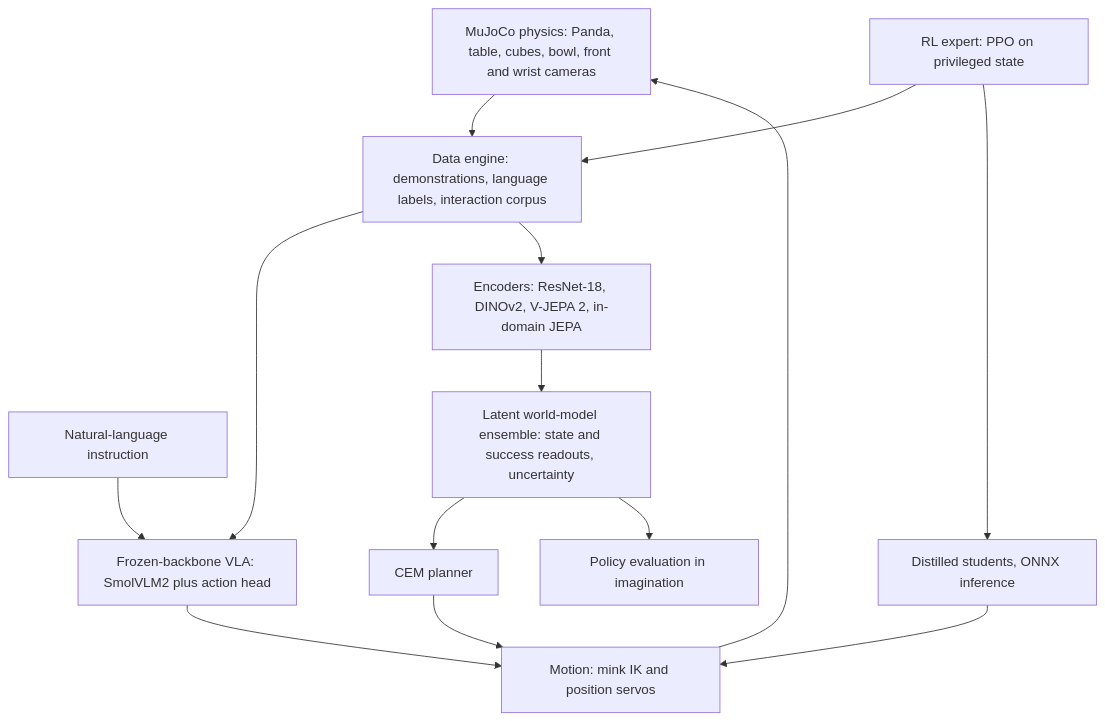
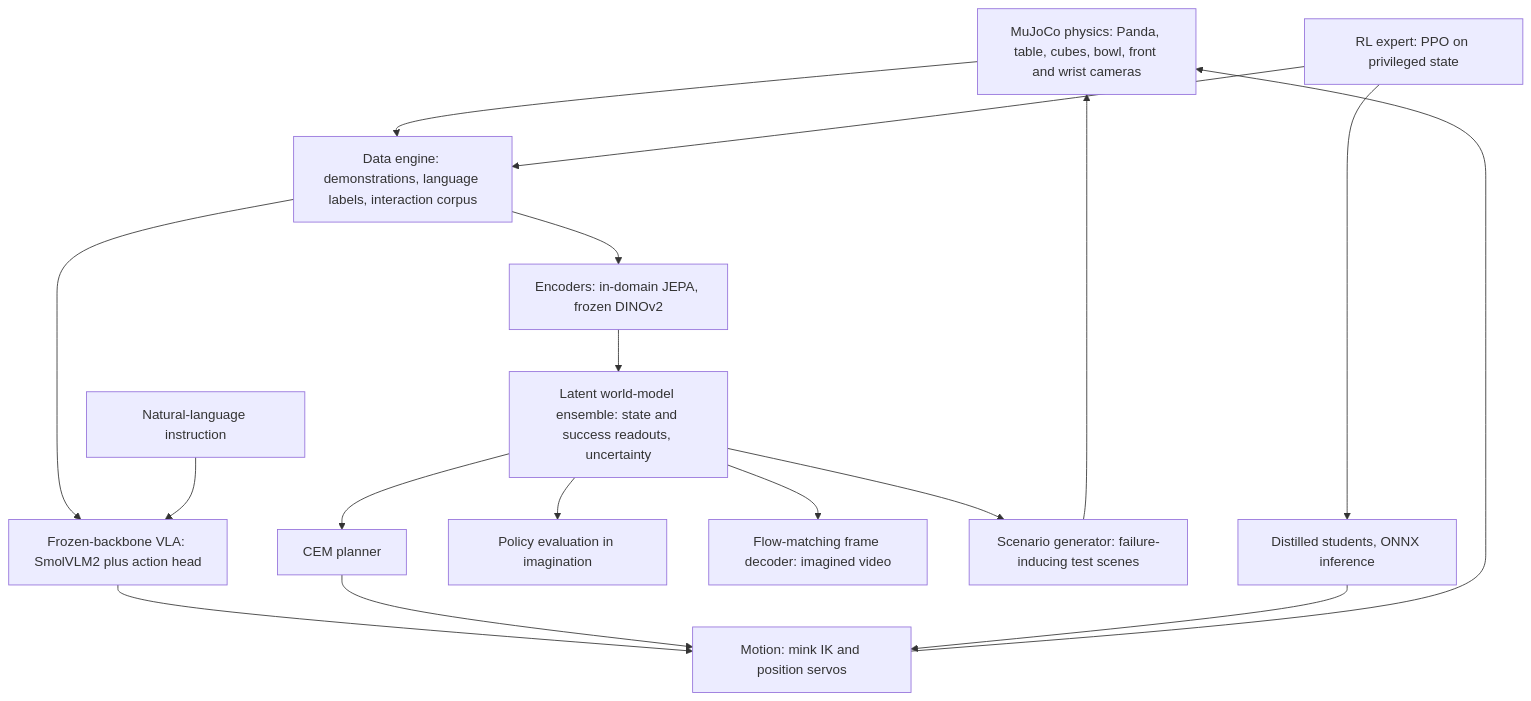
The diagram in docs/roadmap.md (vabdollahi/blindspot), drawn with Mermaid before and after one commit. The commit also changed other lines of this file and 31 other files, not shown here.

````diff
--- a/docs/roadmap.md
+++ b/docs/roadmap.md
@@ -61,16 +65,19 @@
 ```mermaid
 flowchart TB
     PH[MuJoCo physics: Panda, table, cubes, bowl, front and wrist cameras] --> DE[Data engine: demonstrations, language labels, interaction corpus]
     RL[RL expert: PPO on privileged state] --> DE
     DE --> BASICVLA[Frozen-backbone VLA: SmolVLM2 plus action head]
     U[Natural-language instruction] --> BASICVLA
     BASICVLA --> CT
-    DE --> ENC[Encoders: ResNet-18, DINOv2, V-JEPA 2, in-domain JEPA]
+    DE --> ENC[Encoders: in-domain JEPA, frozen DINOv2]
     ENC --> WM[Latent world-model ensemble: state and success readouts, uncertainty]
     WM --> PLN[CEM planner]
     WM --> PE[Policy evaluation in imagination]
+    WM --> DEC[Flow-matching frame decoder: imagined video]
+    WM --> SG[Scenario generator: failure-inducing test scenes]
+    SG --> PH
     RL --> ST[Distilled students, ONNX inference]
     PLN --> CT[Motion: mink IK and position servos]
     ST --> CT
     CT --> PH
 ```
````
